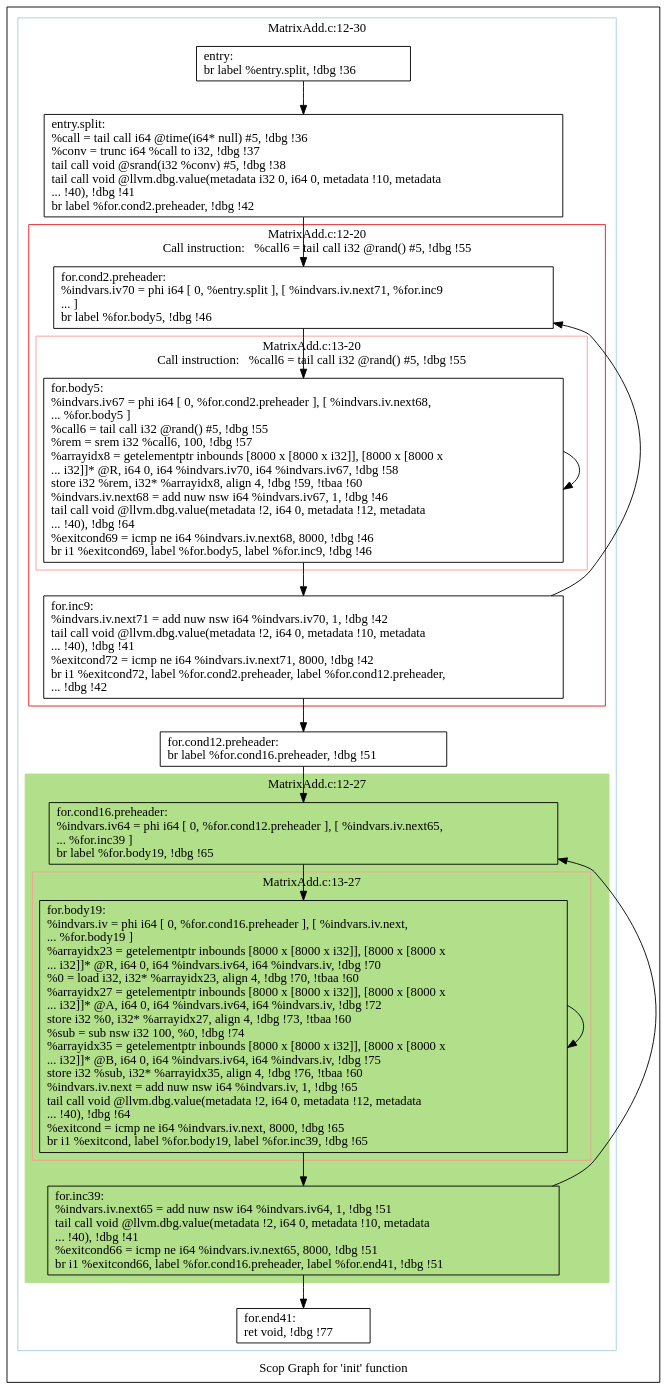
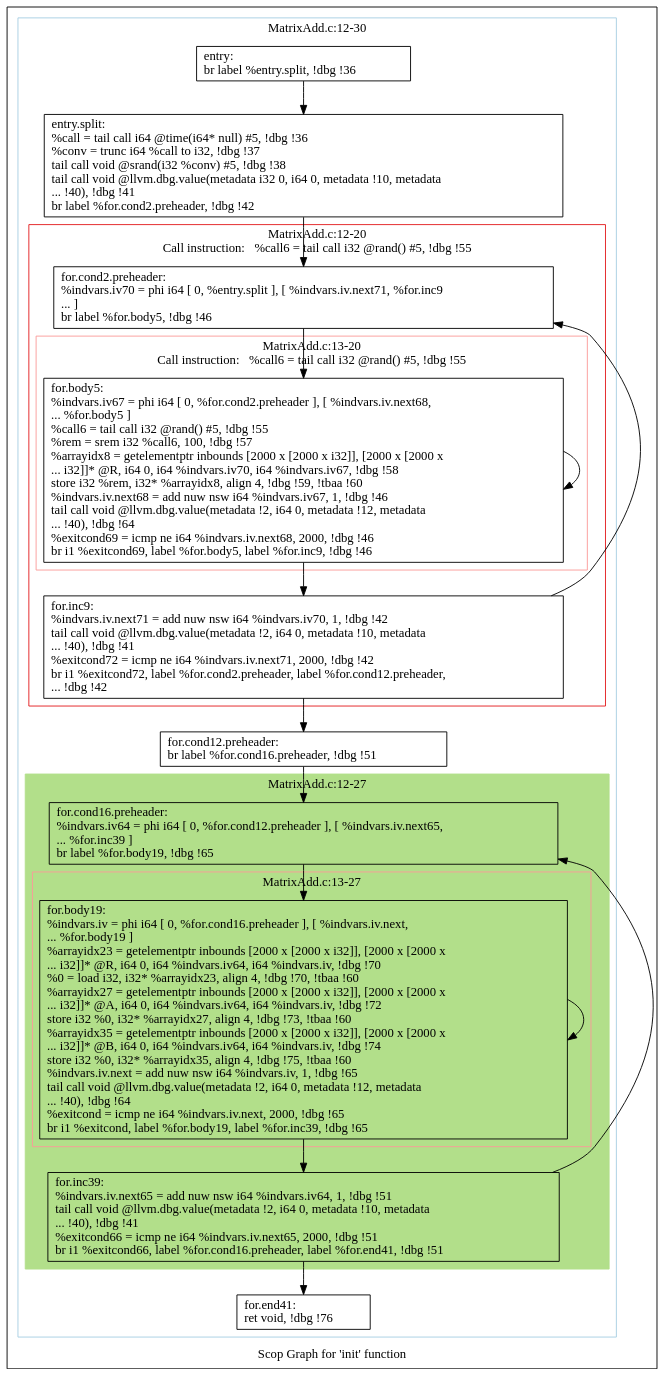
Before and after one commit to samminweng/WhileyOpenCL: the diagram in polly/MatrixAdd/impl/handwritten/dot/scops.init.dot, drawn with Graphviz. The commit also changed 54 other files, not shown here.

```diff
--- a/polly/MatrixAdd/impl/handwritten/dot/scops.init.dot
+++ b/polly/MatrixAdd/impl/handwritten/dot/scops.init.dot
@@ -1,67 +1,67 @@
 digraph "Scop Graph for 'init' function" {
 	label="Scop Graph for 'init' function";
 
-	Node0xa851d30 [shape=record,label="{entry:\l  br label %entry.split, !dbg !36\l}"];
-	Node0xa851d30 -> Node0xa851d50;
-	Node0xa851d50 [shape=record,label="{entry.split:                                      \l  %call = tail call i64 @time(i64* null) #5, !dbg !36\l  %conv = trunc i64 %call to i32, !dbg !37\l  tail call void @srand(i32 %conv) #5, !dbg !38\l  tail call void @llvm.dbg.value(metadata i32 0, i64 0, metadata !10, metadata\l... !40), !dbg !41\l  br label %for.cond2.preheader, !dbg !42\l}"];
-	Node0xa851d50 -> Node0xa82e5e0;
-	Node0xa82e5e0 [shape=record,label="{for.cond2.preheader:                              \l  %indvars.iv70 = phi i64 [ 0, %entry.split ], [ %indvars.iv.next71, %for.inc9\l... ]\l  br label %for.body5, !dbg !46\l}"];
-	Node0xa82e5e0 -> Node0xa851cc0;
-	Node0xa851cc0 [shape=record,label="{for.body5:                                        \l  %indvars.iv67 = phi i64 [ 0, %for.cond2.preheader ], [ %indvars.iv.next68,\l... %for.body5 ]\l  %call6 = tail call i32 @rand() #5, !dbg !55\l  %rem = srem i32 %call6, 100, !dbg !57\l  %arrayidx8 = getelementptr inbounds [8000 x [8000 x i32]], [8000 x [8000 x\l... i32]]* @R, i64 0, i64 %indvars.iv70, i64 %indvars.iv67, !dbg !58\l  store i32 %rem, i32* %arrayidx8, align 4, !dbg !59, !tbaa !60\l  %indvars.iv.next68 = add nuw nsw i64 %indvars.iv67, 1, !dbg !46\l  tail call void @llvm.dbg.value(metadata !2, i64 0, metadata !12, metadata\l... !40), !dbg !64\l  %exitcond69 = icmp ne i64 %indvars.iv.next68, 8000, !dbg !46\l  br i1 %exitcond69, label %for.body5, label %for.inc9, !dbg !46\l}"];
-	Node0xa851cc0 -> Node0xa851cc0[constraint=false];
-	Node0xa851cc0 -> Node0xa78d530;
-	Node0xa78d530 [shape=record,label="{for.inc9:                                         \l  %indvars.iv.next71 = add nuw nsw i64 %indvars.iv70, 1, !dbg !42\l  tail call void @llvm.dbg.value(metadata !2, i64 0, metadata !10, metadata\l... !40), !dbg !41\l  %exitcond72 = icmp ne i64 %indvars.iv.next71, 8000, !dbg !42\l  br i1 %exitcond72, label %for.cond2.preheader, label %for.cond12.preheader,\l... !dbg !42\l}"];
-	Node0xa78d530 -> Node0xa82e5e0[constraint=false];
-	Node0xa78d530 -> Node0xa78d3e0;
-	Node0xa78d3e0 [shape=record,label="{for.cond12.preheader:                             \l  br label %for.cond16.preheader, !dbg !51\l}"];
-	Node0xa78d3e0 -> Node0xa78d440;
-	Node0xa78d440 [shape=record,label="{for.cond16.preheader:                             \l  %indvars.iv64 = phi i64 [ 0, %for.cond12.preheader ], [ %indvars.iv.next65,\l... %for.inc39 ]\l  br label %for.body19, !dbg !65\l}"];
-	Node0xa78d440 -> Node0xa78d4a0;
-	Node0xa78d4a0 [shape=record,label="{for.body19:                                       \l  %indvars.iv = phi i64 [ 0, %for.cond16.preheader ], [ %indvars.iv.next,\l... %for.body19 ]\l  %arrayidx23 = getelementptr inbounds [8000 x [8000 x i32]], [8000 x [8000 x\l... i32]]* @R, i64 0, i64 %indvars.iv64, i64 %indvars.iv, !dbg !70\l  %0 = load i32, i32* %arrayidx23, align 4, !dbg !70, !tbaa !60\l  %arrayidx27 = getelementptr inbounds [8000 x [8000 x i32]], [8000 x [8000 x\l... i32]]* @A, i64 0, i64 %indvars.iv64, i64 %indvars.iv, !dbg !72\l  store i32 %0, i32* %arrayidx27, align 4, !dbg !73, !tbaa !60\l  %sub = sub nsw i32 100, %0, !dbg !74\l  %arrayidx35 = getelementptr inbounds [8000 x [8000 x i32]], [8000 x [8000 x\l... i32]]* @B, i64 0, i64 %indvars.iv64, i64 %indvars.iv, !dbg !75\l  store i32 %sub, i32* %arrayidx35, align 4, !dbg !76, !tbaa !60\l  %indvars.iv.next = add nuw nsw i64 %indvars.iv, 1, !dbg !65\l  tail call void @llvm.dbg.value(metadata !2, i64 0, metadata !12, metadata\l... !40), !dbg !64\l  %exitcond = icmp ne i64 %indvars.iv.next, 8000, !dbg !65\l  br i1 %exitcond, label %for.body19, label %for.inc39, !dbg !65\l}"];
-	Node0xa78d4a0 -> Node0xa78d4a0[constraint=false];
-	Node0xa78d4a0 -> Node0xa837e50;
-	Node0xa837e50 [shape=record,label="{for.inc39:                                        \l  %indvars.iv.next65 = add nuw nsw i64 %indvars.iv64, 1, !dbg !51\l  tail call void @llvm.dbg.value(metadata !2, i64 0, metadata !10, metadata\l... !40), !dbg !41\l  %exitcond66 = icmp ne i64 %indvars.iv.next65, 8000, !dbg !51\l  br i1 %exitcond66, label %for.cond16.preheader, label %for.end41, !dbg !51\l}"];
-	Node0xa837e50 -> Node0xa78d440[constraint=false];
-	Node0xa837e50 -> Node0xa837eb0;
-	Node0xa837eb0 [shape=record,label="{for.end41:                                        \l  ret void, !dbg !77\l}"];
+	Node0x93d34f0 [shape=record,label="{entry:\l  br label %entry.split, !dbg !36\l}"];
+	Node0x93d34f0 -> Node0x932d110;
+	Node0x932d110 [shape=record,label="{entry.split:                                      \l  %call = tail call i64 @time(i64* null) #5, !dbg !36\l  %conv = trunc i64 %call to i32, !dbg !37\l  tail call void @srand(i32 %conv) #5, !dbg !38\l  tail call void @llvm.dbg.value(metadata i32 0, i64 0, metadata !10, metadata\l... !40), !dbg !41\l  br label %for.cond2.preheader, !dbg !42\l}"];
+	Node0x932d110 -> Node0x9338790;
+	Node0x9338790 [shape=record,label="{for.cond2.preheader:                              \l  %indvars.iv70 = phi i64 [ 0, %entry.split ], [ %indvars.iv.next71, %for.inc9\l... ]\l  br label %for.body5, !dbg !46\l}"];
+	Node0x9338790 -> Node0x9337cf0;
+	Node0x9337cf0 [shape=record,label="{for.body5:                                        \l  %indvars.iv67 = phi i64 [ 0, %for.cond2.preheader ], [ %indvars.iv.next68,\l... %for.body5 ]\l  %call6 = tail call i32 @rand() #5, !dbg !55\l  %rem = srem i32 %call6, 100, !dbg !57\l  %arrayidx8 = getelementptr inbounds [2000 x [2000 x i32]], [2000 x [2000 x\l... i32]]* @R, i64 0, i64 %indvars.iv70, i64 %indvars.iv67, !dbg !58\l  store i32 %rem, i32* %arrayidx8, align 4, !dbg !59, !tbaa !60\l  %indvars.iv.next68 = add nuw nsw i64 %indvars.iv67, 1, !dbg !46\l  tail call void @llvm.dbg.value(metadata !2, i64 0, metadata !12, metadata\l... !40), !dbg !64\l  %exitcond69 = icmp ne i64 %indvars.iv.next68, 2000, !dbg !46\l  br i1 %exitcond69, label %for.body5, label %for.inc9, !dbg !46\l}"];
+	Node0x9337cf0 -> Node0x9337cf0[constraint=false];
+	Node0x9337cf0 -> Node0x9335440;
+	Node0x9335440 [shape=record,label="{for.inc9:                                         \l  %indvars.iv.next71 = add nuw nsw i64 %indvars.iv70, 1, !dbg !42\l  tail call void @llvm.dbg.value(metadata !2, i64 0, metadata !10, metadata\l... !40), !dbg !41\l  %exitcond72 = icmp ne i64 %indvars.iv.next71, 2000, !dbg !42\l  br i1 %exitcond72, label %for.cond2.preheader, label %for.cond12.preheader,\l... !dbg !42\l}"];
+	Node0x9335440 -> Node0x9338790[constraint=false];
+	Node0x9335440 -> Node0x9326510;
+	Node0x9326510 [shape=record,label="{for.cond12.preheader:                             \l  br label %for.cond16.preheader, !dbg !51\l}"];
+	Node0x9326510 -> Node0x9335330;
+	Node0x9335330 [shape=record,label="{for.cond16.preheader:                             \l  %indvars.iv64 = phi i64 [ 0, %for.cond12.preheader ], [ %indvars.iv.next65,\l... %for.inc39 ]\l  br label %for.body19, !dbg !65\l}"];
+	Node0x9335330 -> Node0x9335390;
+	Node0x9335390 [shape=record,label="{for.body19:                                       \l  %indvars.iv = phi i64 [ 0, %for.cond16.preheader ], [ %indvars.iv.next,\l... %for.body19 ]\l  %arrayidx23 = getelementptr inbounds [2000 x [2000 x i32]], [2000 x [2000 x\l... i32]]* @R, i64 0, i64 %indvars.iv64, i64 %indvars.iv, !dbg !70\l  %0 = load i32, i32* %arrayidx23, align 4, !dbg !70, !tbaa !60\l  %arrayidx27 = getelementptr inbounds [2000 x [2000 x i32]], [2000 x [2000 x\l... i32]]* @A, i64 0, i64 %indvars.iv64, i64 %indvars.iv, !dbg !72\l  store i32 %0, i32* %arrayidx27, align 4, !dbg !73, !tbaa !60\l  %arrayidx35 = getelementptr inbounds [2000 x [2000 x i32]], [2000 x [2000 x\l... i32]]* @B, i64 0, i64 %indvars.iv64, i64 %indvars.iv, !dbg !74\l  store i32 %0, i32* %arrayidx35, align 4, !dbg !75, !tbaa !60\l  %indvars.iv.next = add nuw nsw i64 %indvars.iv, 1, !dbg !65\l  tail call void @llvm.dbg.value(metadata !2, i64 0, metadata !12, metadata\l... !40), !dbg !64\l  %exitcond = icmp ne i64 %indvars.iv.next, 2000, !dbg !65\l  br i1 %exitcond, label %for.body19, label %for.inc39, !dbg !65\l}"];
+	Node0x9335390 -> Node0x9335390[constraint=false];
+	Node0x9335390 -> Node0x9338880;
+	Node0x9338880 [shape=record,label="{for.inc39:                                        \l  %indvars.iv.next65 = add nuw nsw i64 %indvars.iv64, 1, !dbg !51\l  tail call void @llvm.dbg.value(metadata !2, i64 0, metadata !10, metadata\l... !40), !dbg !41\l  %exitcond66 = icmp ne i64 %indvars.iv.next65, 2000, !dbg !51\l  br i1 %exitcond66, label %for.cond16.preheader, label %for.end41, !dbg !51\l}"];
+	Node0x9338880 -> Node0x9335330[constraint=false];
+	Node0x9338880 -> Node0x9326400;
+	Node0x9326400 [shape=record,label="{for.end41:                                        \l  ret void, !dbg !76\l}"];
 	colorscheme = "paired12"
-        subgraph cluster_0xa78de40 {
+        subgraph cluster_0x9330c90 {
           label = "MatrixAdd.c:12-30
 ";
           style = solid;
           color = 1
-          subgraph cluster_0xa830170 {
+          subgraph cluster_0x93d1200 {
             label = "MatrixAdd.c:12-20
 Call instruction:   %call6 = tail call i32 @rand() #5, !dbg !55";
             style = solid;
             color = 6
-            subgraph cluster_0xa831ec0 {
+            subgraph cluster_0x9333900 {
               label = "MatrixAdd.c:13-20
 Call instruction:   %call6 = tail call i32 @rand() #5, !dbg !55";
               style = solid;
               color = 5
-              Node0xa851cc0;
+              Node0x9337cf0;
             }
-            Node0xa82e5e0;
-            Node0xa78d530;
+            Node0x9338790;
+            Node0x9335440;
           }
-          subgraph cluster_0xa78eee0 {
+          subgraph cluster_0x9330e40 {
             label = "MatrixAdd.c:12-27
 ";
             style = filled;
-            color = 3            subgraph cluster_0xa797230 {
+            color = 3            subgraph cluster_0x9332aa0 {
               label = "MatrixAdd.c:13-27
 ";
               style = solid;
               color = 5
-              Node0xa78d4a0;
+              Node0x9335390;
             }
-            Node0xa78d440;
-            Node0xa837e50;
+            Node0x9335330;
+            Node0x9338880;
           }
-          Node0xa851d30;
-          Node0xa851d50;
-          Node0xa78d3e0;
-          Node0xa837eb0;
+          Node0x93d34f0;
+          Node0x932d110;
+          Node0x9326510;
+          Node0x9326400;
         }
 }
```
